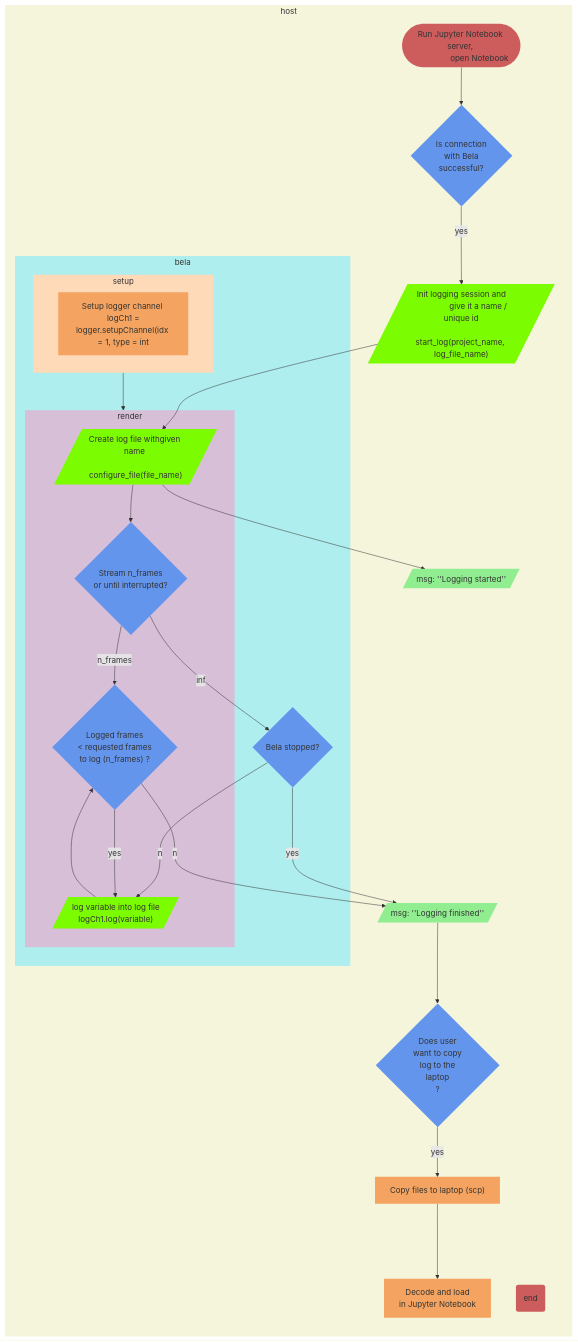
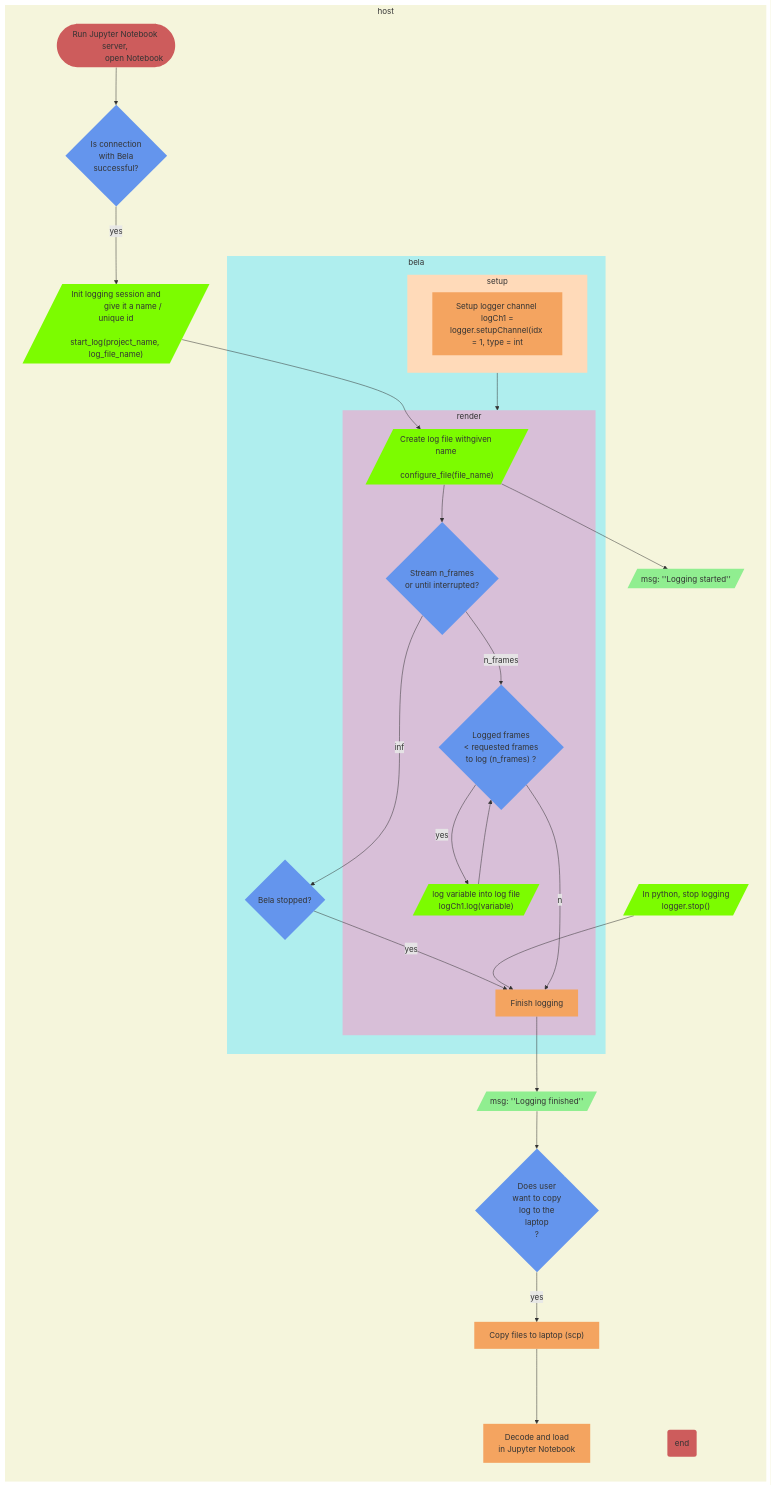
Before and after one commit to BelaPlatform/pybela: the diagram in flowcharts/logging.md, drawn with Mermaid.

Commit message:
added prototype notebooks following excel chart, minor updates to flowcharts

```diff
--- a/flowcharts/logging.md
+++ b/flowcharts/logging.md
@@ -31,6 +31,9 @@
 		give it a name / unique id
 		start_log(project_name, log_file_name)"/]:::c_io
 
+		io_stop[/"In python, stop logging
+		logger.stop()"/]:::c_io
+
 		subgraph bela
 
 			subgraph setup
@@ -51,6 +54,8 @@
 		
 				io_log[/"log variable into log file
 				logCh1.log(variable)"/]:::c_io
+
+				p_finish["Finish logging"]:::c_p
 			end
 			c_stop{"Bela stopped?"}:::c_con
 
@@ -78,12 +83,13 @@
 		io_create-->c_mode
 		c_mode--n_frames-->c_while
 		c_mode--inf-->c_stop
-		c_stop--no-->io_log
-		c_stop--yes-->msg_e
+		c_stop--yes-->p_finish
+		p_finish-->msg_e
+		io_stop-->p_finish
 
 		c_while--yes-->io_log
 		io_log-->c_while
-		c_while--no-->msg_e
+		c_while--no-->p_finish
 		msg_e-->c_copy
 
 		setup-->render
```
